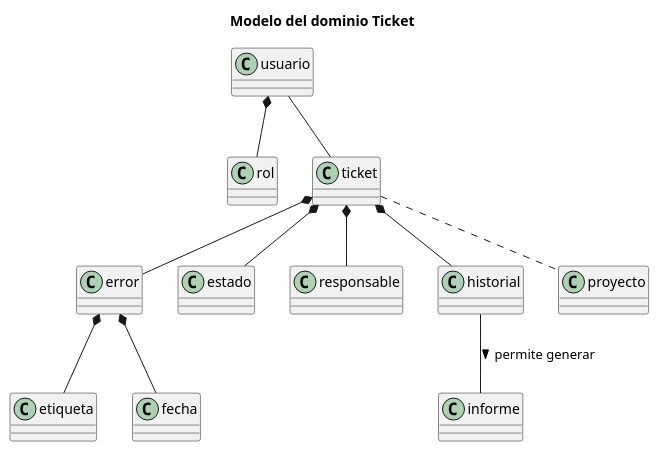
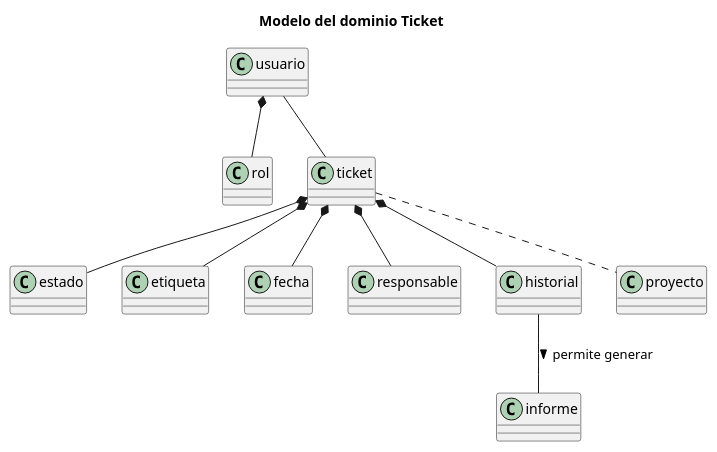
Before and after one commit to mmasias/23-24-IdSw1-SDR: the diagram in modelosUML/DiagramasModeloDominio/ModeloDominioTicket.puml, drawn with PlantUML.

Commit message:
Actualizacion de union de modulos en el modelo del dominio ticket

```diff
--- a/modelosUML/DiagramasModeloDominio/ModeloDominioTicket.puml
+++ b/modelosUML/DiagramasModeloDominio/ModeloDominioTicket.puml
@@ -1,28 +1,25 @@
 @startuml Modelo del dominio Ticket
 'https://plantuml.com/sequence-diagram
 title Modelo del dominio Ticket
 
-class error 
 class estado
 class etiqueta
 class fecha
 class responsable
 class rol 
 class informe 
 class historial
 class proyecto 
 
-
 usuario -- ticket
-ticket *-- error
 usuario *-- rol
-error *-- etiqueta
+ticket *-- etiqueta
 ticket .. proyecto
 ticket *-- estado
 ticket *-- responsable
-error *-- fecha
+ticket *-- fecha
 ticket *-- historial
 
 historial -d- informe : > permite generar
 
 @enduml
```
